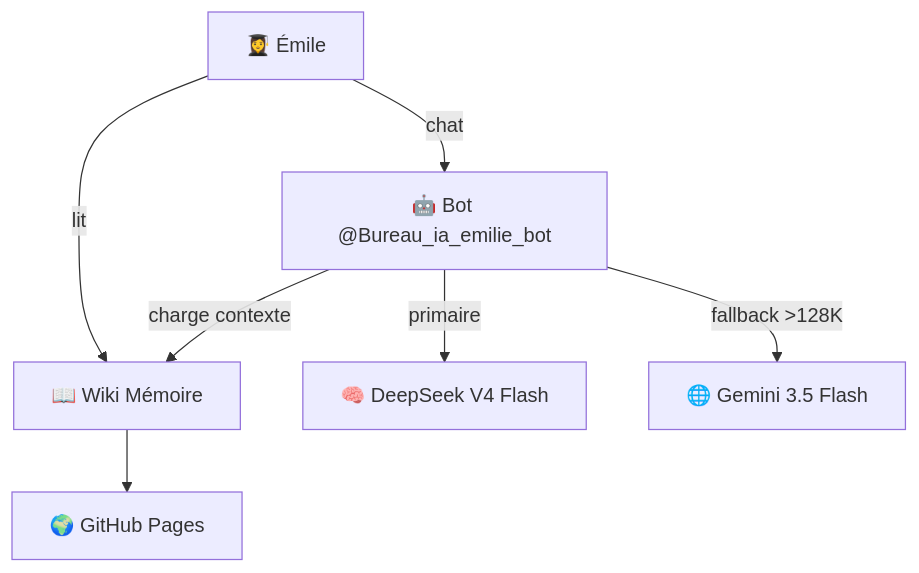
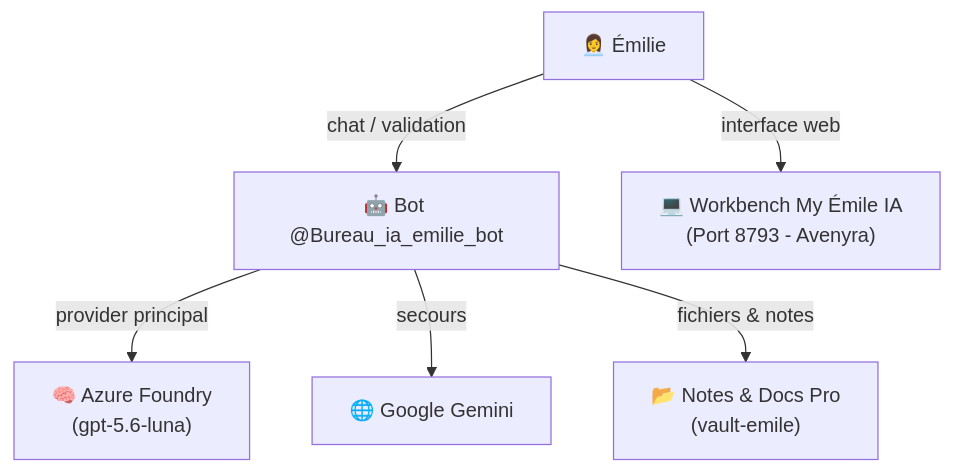
One commit to christophedanhier-hash/hermes-wiki changed the diagram in docs/hermes/bureaux/ch13-bureau-emile.md. Above: the diagram before and after it, drawn with Mermaid. The commit also changed other lines of this file and 29 other files, not shown here.

````diff
--- a/docs/hermes/bureaux/ch13-bureau-emile.md
+++ b/docs/hermes/bureaux/ch13-bureau-emile.md
@@ -21,9 +27,8 @@
 ```mermaid
 flowchart TB
-    E[👩‍🎓 Émile] -->|chat| BOT["🤖 Bot @Bureau_ia_emilie_bot"]
-    E -->|lit| WIKI["📖 Wiki Mémoire"]
-    BOT -->|primaire| DS["🧠 DeepSeek V4 Flash"]
-    BOT -->|fallback >128K| GM["🌐 Gemini 3.5 Flash"]
-    BOT -->|charge contexte| WIKI
-    WIKI --> GH["🌍 GitHub Pages"]
+    E["👩‍💼 Émilie"] -->|"chat / validation"| BOT["🤖 Bot @Bureau_ia_emilie_bot"]
+    E -->|"interface web"| UI["💻 Workbench My Émile IA<br/>(Port 8793 - Avenyra)"]
+    BOT -->|"provider principal"| AZ["🧠 Azure Foundry<br/>(gpt-5.6-luna)"]
+    BOT -->|"secours"| GM["🌐 Google Gemini"]
+    BOT -->|"fichiers & notes"| VAULT["📂 Notes & Docs Pro<br/>(vault-emile)"]
 ```
````
